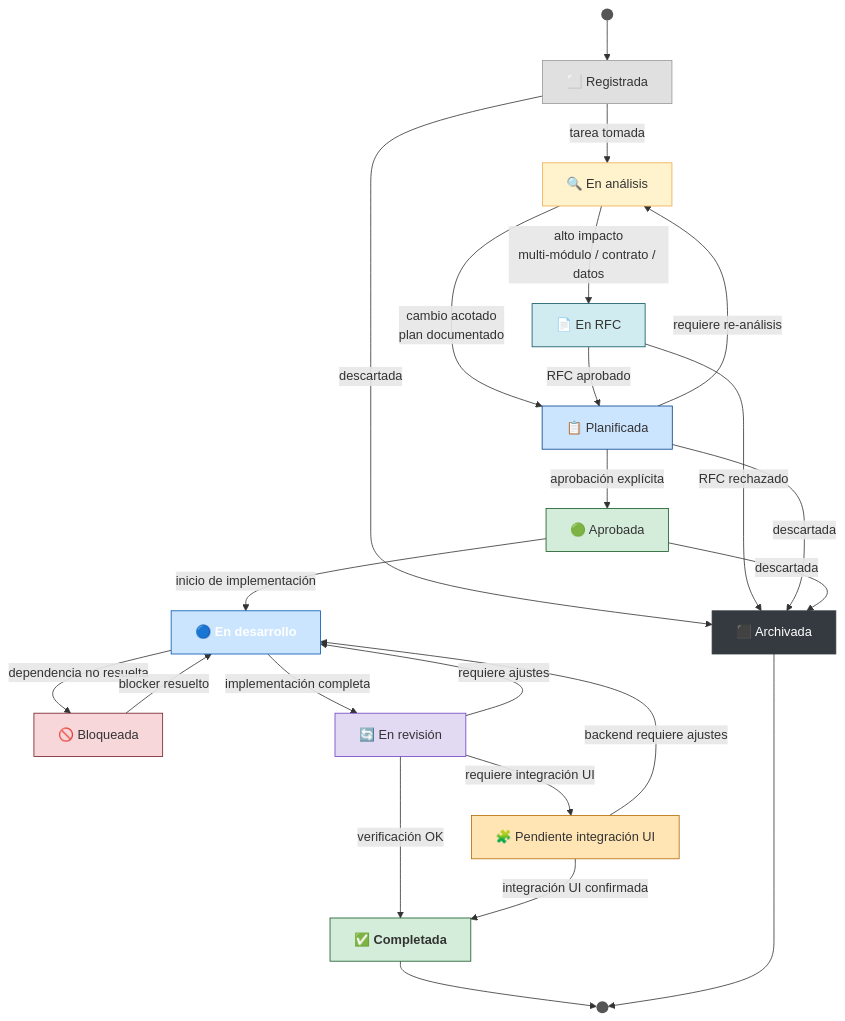
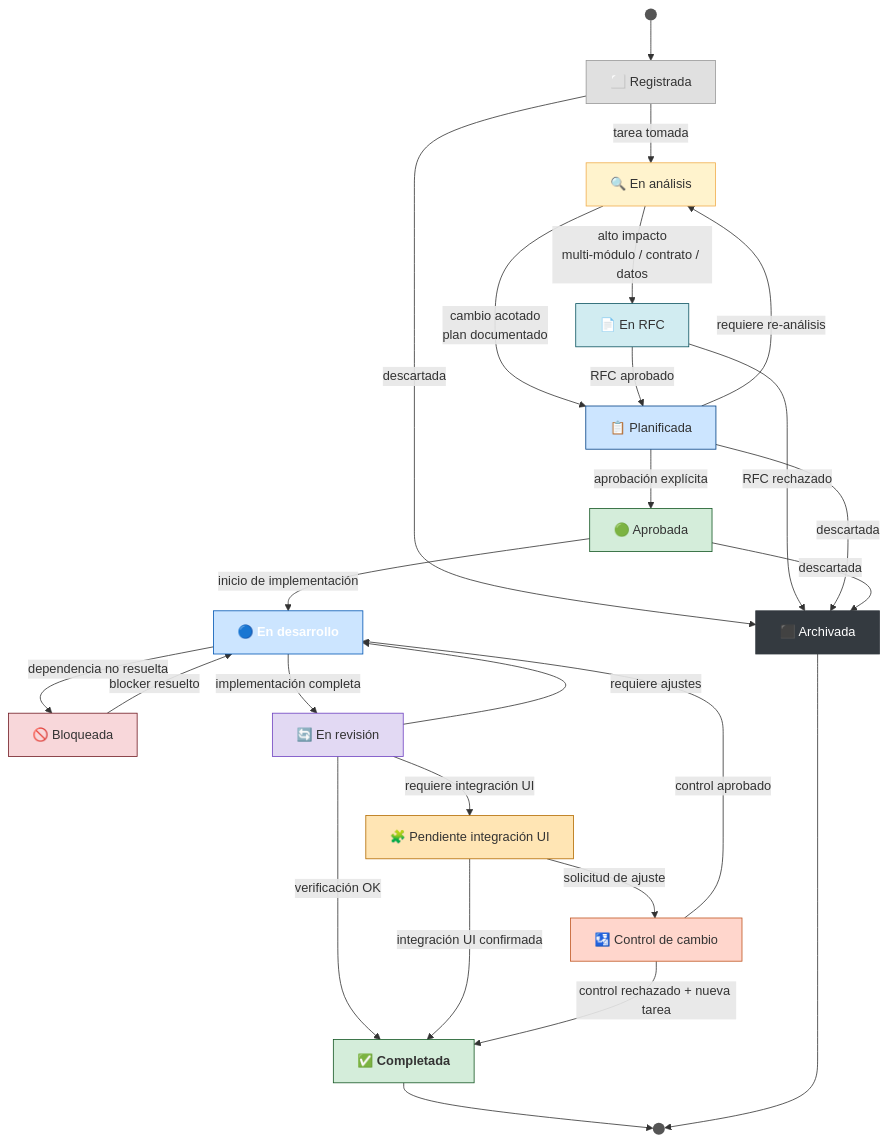
Before and after one commit to cmartinezs/keygo-server: the first of 2 diagrams in doc/09-ai/workflow.md, drawn with Mermaid. The commit also changed other lines of this file and 26 other files, not shown here.

````diff
--- a/doc/09-ai/workflow.md
+++ b/doc/09-ai/workflow.md
@@ -28,61 +29,65 @@
 ```mermaid
 flowchart TD
     START(( )) --> REG
 
     REG["⬜ Registrada"]
     ANA["🔍 En análisis"]
     PLAN["📋 Planificada"]
     RFC["📄 En RFC"]
     APR["🟢 Aprobada"]
     DEV["🔵 En desarrollo"]
     BLO["🚫 Bloqueada"]
     REV["🔄 En revisión"]
     UI["🧩 Pendiente integración UI"]
+    CC["🛂 Control de cambio"]
     DONE["✅ Completada"]
     ARC["⬛ Archivada"]
     END(( ))
 
     REG -->|tarea tomada| ANA
     REG -->|descartada| ARC
 
     ANA -->|"cambio acotado\nplan documentado"| PLAN
     ANA -->|"alto impacto\nmulti-módulo / contrato / datos"| RFC
 
     RFC -->|RFC aprobado| PLAN
     RFC -->|RFC rechazado| ARC
 
     PLAN -->|aprobación explícita| APR
     PLAN -->|requiere re-análisis| ANA
     PLAN -->|descartada| ARC
 
     APR -->|inicio de implementación| DEV
     APR -->|descartada| ARC
 
     DEV -->|implementación completa| REV
     DEV -->|dependencia no resuelta| BLO
     BLO -->|blocker resuelto| DEV
 
     REV -->|requiere integración UI| UI
     REV -->|verificación OK| DONE
     REV -->|requiere ajustes| DEV
 
     UI -->|integración UI confirmada| DONE
-    UI -->|backend requiere ajustes| DEV
+    UI -->|solicitud de ajuste| CC
+    CC -->|control aprobado| DEV
+    CC -->|control rechazado + nueva tarea| DONE
 
     DONE --> END
     ARC --> END
 
     style START fill:#555,stroke:none,color:#fff
     style END   fill:#555,stroke:none,color:#fff
     style REG   fill:#e0e0e0,stroke:#999,color:#333
     style ANA   fill:#fff3cd,stroke:#f0ad4e,color:#333
     style PLAN  fill:#cce5ff,stroke:#004085,color:#333
     style RFC   fill:#d1ecf1,stroke:#0c5460,color:#333
     style APR   fill:#d4edda,stroke:#155724,color:#333
     style DEV   fill:#cce5ff,stroke:#0056b3,color:#fff,font-weight:bold
     style BLO   fill:#f8d7da,stroke:#721c24,color:#333
     style REV   fill:#e2d9f3,stroke:#6f42c1,color:#333
     style UI    fill:#ffe5b4,stroke:#b36b00,color:#333
+    style CC    fill:#ffd6cc,stroke:#c05621,color:#333
     style DONE  fill:#d4edda,stroke:#155724,color:#333,font-weight:bold
     style ARC   fill:#343a40,stroke:#343a40,color:#fff
 ```
````
